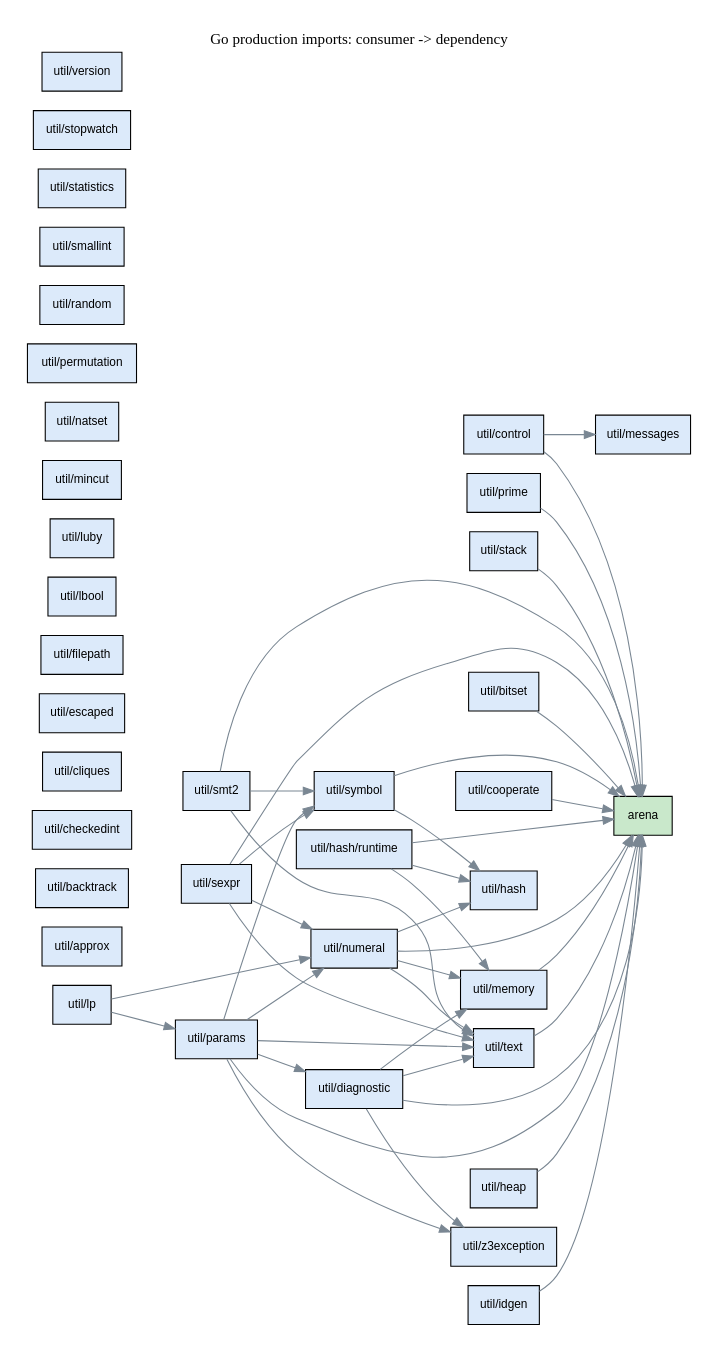
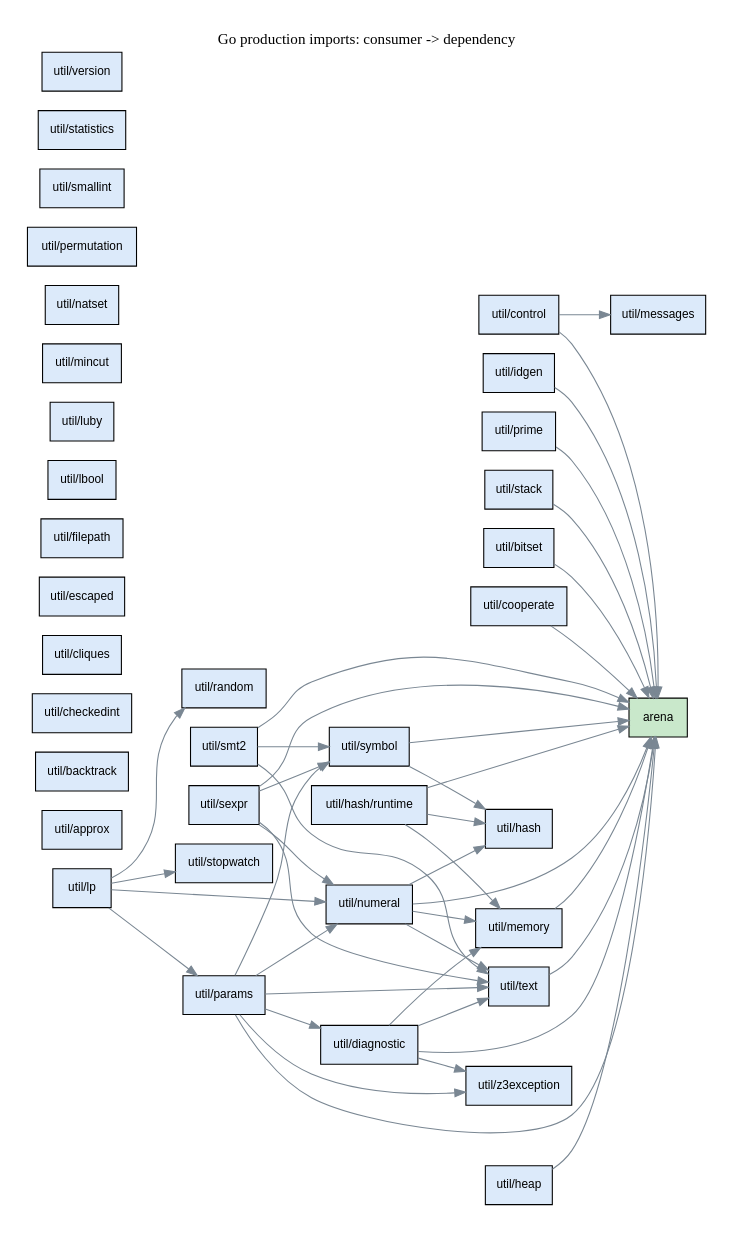
Before and after one commit to glycerine/g3-preview: the diagram in doc/util_dependencies.dot, drawn with Graphviz. The commit also changed 17 other files, not shown here.

```diff
--- a/doc/util_dependencies.dot
+++ b/doc/util_dependencies.dot
@@ -1,83 +1,85 @@
 digraph packages {
   rankdir=LR;
   graph [bgcolor=white, pad=0.25];
   node [shape=box, fontname="sans-serif", fontsize=11];
   edge [color="#7a8793"];
   label="Go production imports: consumer -> dependency";
   labelloc=t;
   "arena" [style=filled, fillcolor="#c9e8cb"];
   "util/approx" [style=filled, fillcolor="#dceafa"];
   "util/backtrack" [style=filled, fillcolor="#dceafa"];
   "util/bitset" [style=filled, fillcolor="#dceafa"];
   "util/bitset" -> "arena";
   "util/checkedint" [style=filled, fillcolor="#dceafa"];
   "util/cliques" [style=filled, fillcolor="#dceafa"];
   "util/control" [style=filled, fillcolor="#dceafa"];
   "util/control" -> "arena";
   "util/control" -> "util/messages";
   "util/cooperate" [style=filled, fillcolor="#dceafa"];
   "util/cooperate" -> "arena";
   "util/diagnostic" [style=filled, fillcolor="#dceafa"];
   "util/diagnostic" -> "arena";
   "util/diagnostic" -> "util/memory";
   "util/diagnostic" -> "util/text";
   "util/diagnostic" -> "util/z3exception";
   "util/escaped" [style=filled, fillcolor="#dceafa"];
   "util/filepath" [style=filled, fillcolor="#dceafa"];
   "util/hash" [style=filled, fillcolor="#dceafa"];
   "util/hash/runtime" [style=filled, fillcolor="#dceafa"];
   "util/hash/runtime" -> "arena";
   "util/hash/runtime" -> "util/hash";
   "util/hash/runtime" -> "util/memory";
   "util/heap" [style=filled, fillcolor="#dceafa"];
   "util/heap" -> "arena";
   "util/idgen" [style=filled, fillcolor="#dceafa"];
   "util/idgen" -> "arena";
   "util/lbool" [style=filled, fillcolor="#dceafa"];
   "util/lp" [style=filled, fillcolor="#dceafa"];
   "util/lp" -> "util/numeral";
   "util/lp" -> "util/params";
+  "util/lp" -> "util/random";
+  "util/lp" -> "util/stopwatch";
   "util/luby" [style=filled, fillcolor="#dceafa"];
   "util/memory" [style=filled, fillcolor="#dceafa"];
   "util/memory" -> "arena";
   "util/messages" [style=filled, fillcolor="#dceafa"];
   "util/mincut" [style=filled, fillcolor="#dceafa"];
   "util/natset" [style=filled, fillcolor="#dceafa"];
   "util/numeral" [style=filled, fillcolor="#dceafa"];
   "util/numeral" -> "arena";
   "util/numeral" -> "util/hash";
   "util/numeral" -> "util/memory";
   "util/numeral" -> "util/text";
   "util/params" [style=filled, fillcolor="#dceafa"];
   "util/params" -> "arena";
   "util/params" -> "util/diagnostic";
   "util/params" -> "util/numeral";
   "util/params" -> "util/symbol";
   "util/params" -> "util/text";
   "util/params" -> "util/z3exception";
   "util/permutation" [style=filled, fillcolor="#dceafa"];
   "util/prime" [style=filled, fillcolor="#dceafa"];
   "util/prime" -> "arena";
   "util/random" [style=filled, fillcolor="#dceafa"];
   "util/sexpr" [style=filled, fillcolor="#dceafa"];
   "util/sexpr" -> "arena";
   "util/sexpr" -> "util/numeral";
   "util/sexpr" -> "util/symbol";
   "util/sexpr" -> "util/text";
   "util/smallint" [style=filled, fillcolor="#dceafa"];
   "util/smt2" [style=filled, fillcolor="#dceafa"];
   "util/smt2" -> "arena";
   "util/smt2" -> "util/symbol";
   "util/smt2" -> "util/text";
   "util/stack" [style=filled, fillcolor="#dceafa"];
   "util/stack" -> "arena";
   "util/statistics" [style=filled, fillcolor="#dceafa"];
   "util/stopwatch" [style=filled, fillcolor="#dceafa"];
   "util/symbol" [style=filled, fillcolor="#dceafa"];
   "util/symbol" -> "arena";
   "util/symbol" -> "util/hash";
   "util/text" [style=filled, fillcolor="#dceafa"];
   "util/text" -> "arena";
   "util/version" [style=filled, fillcolor="#dceafa"];
   "util/z3exception" [style=filled, fillcolor="#dceafa"];
 }
```
